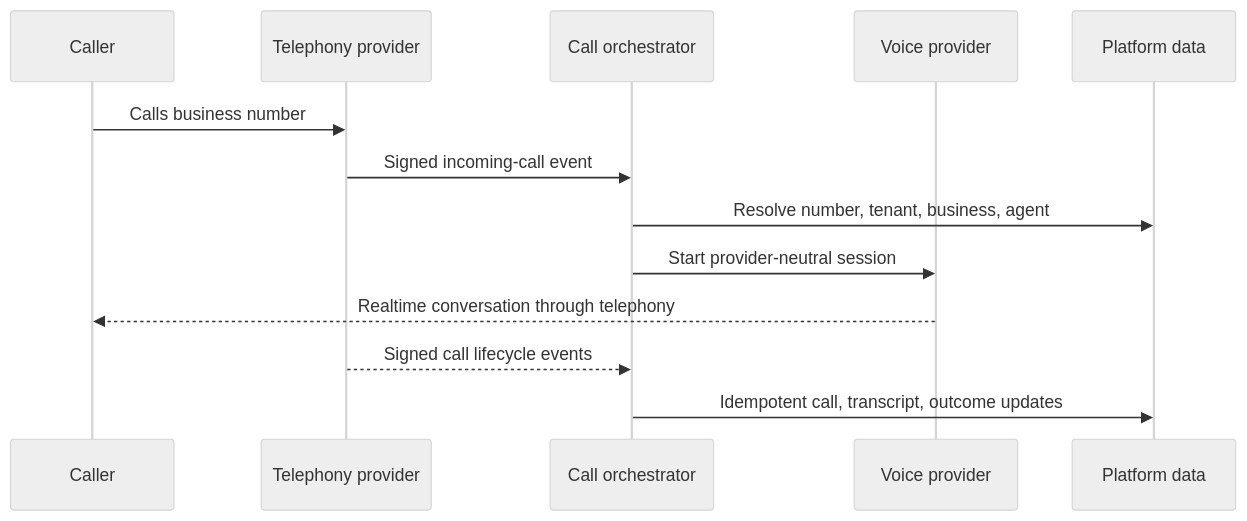
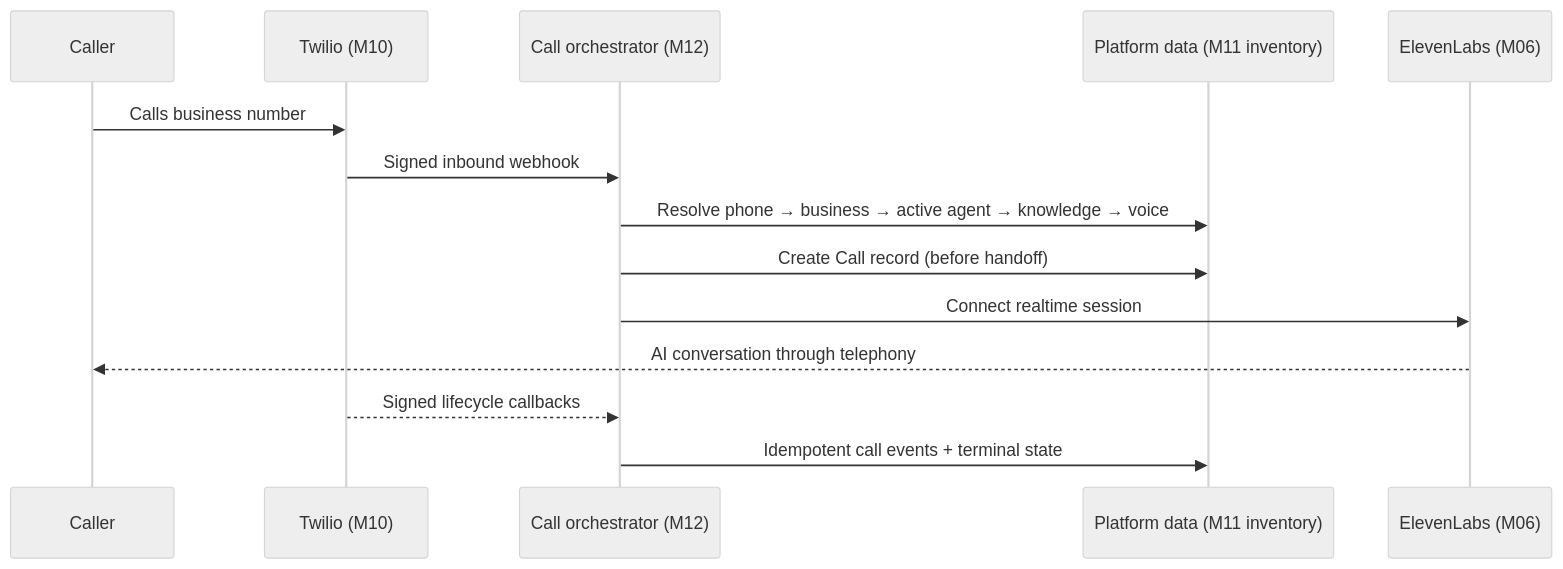
Before and after one commit to eazisol/Ai-Agent-Call: the second of 3 diagrams in AI_Receptionist_SaaS_Architecture_Module_Registry_Module_0.md, drawn with Mermaid (neutral theme). The commit also changed other lines of this file and 76 other files, not shown here.

Commit message:
Module 10 & 11:  Twilio Telephony Provider & Phone Number Management  = COMPLETE ✅

````diff
--- a/AI_Receptionist_SaaS_Architecture_Module_Registry_Module_0.md
+++ b/AI_Receptionist_SaaS_Architecture_Module_Registry_Module_0.md
@@ -205,15 +227,16 @@
 ```mermaid
 sequenceDiagram
     participant C as Caller
-    participant T as Telephony provider
-    participant O as Call orchestrator
-    participant V as Voice provider
-    participant D as Platform data
+    participant T as Twilio (M10)
+    participant O as Call orchestrator (M12)
+    participant D as Platform data (M11 inventory)
+    participant V as ElevenLabs (M06)
     C->>T: Calls business number
-    T->>O: Signed incoming-call event
-    O->>D: Resolve number, tenant, business, agent
-    O->>V: Start provider-neutral session
-    V-->>C: Realtime conversation through telephony
-    T-->>O: Signed call lifecycle events
-    O->>D: Idempotent call, transcript, outcome updates
+    T->>O: Signed inbound webhook
+    O->>D: Resolve phone → business → active agent → knowledge → voice
+    O->>D: Create Call record (before handoff)
+    O->>V: Connect realtime session
+    V-->>C: AI conversation through telephony
+    T-->>O: Signed lifecycle callbacks
+    O->>D: Idempotent call events + terminal state
 ```
````
